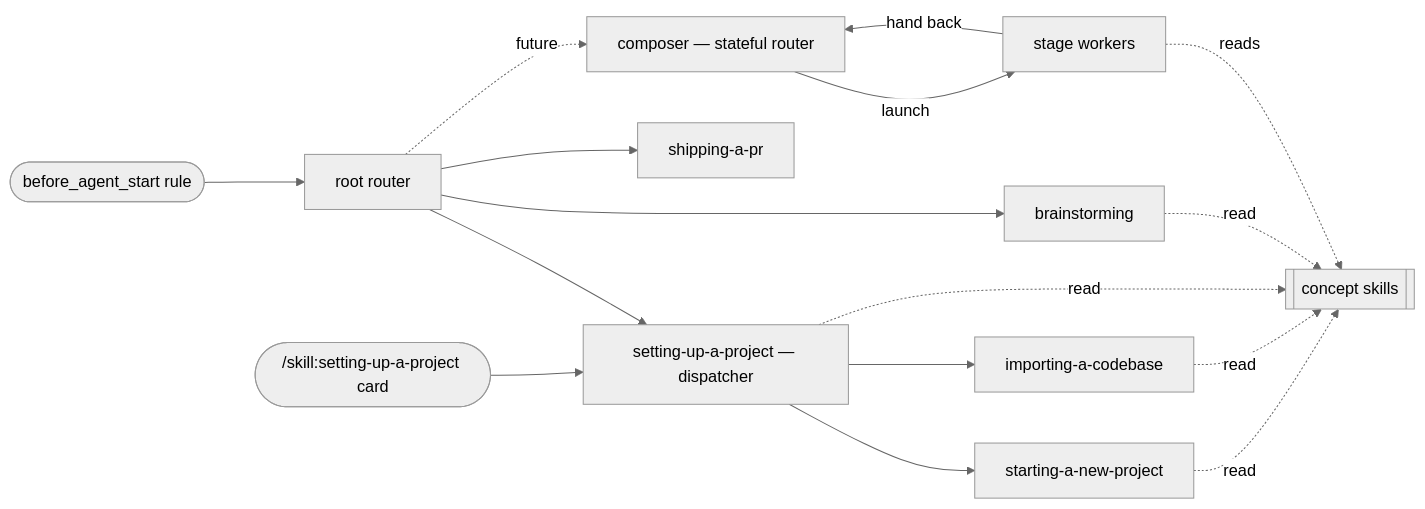
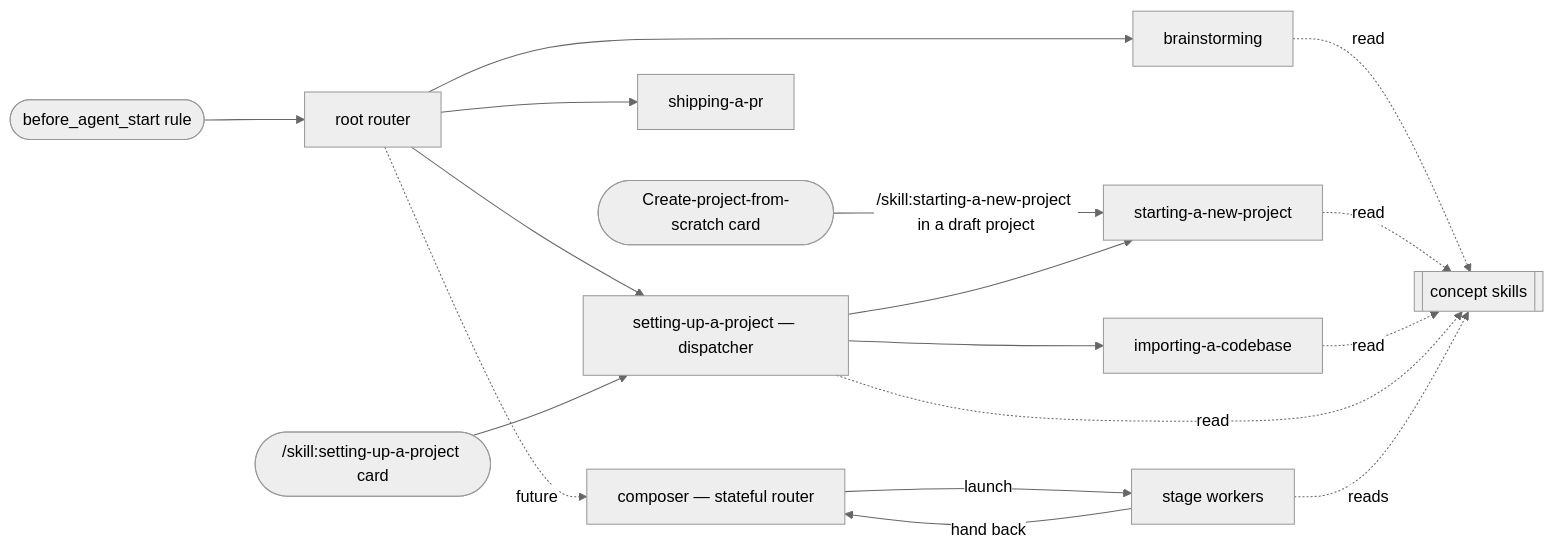
Before and after one commit to JetBrains/thinkrail: the diagram in packages/pi-thinkrail-workflow/skills/SPEC.md, drawn with Mermaid (neutral theme). The commit also changed other lines of this file and 1 other file, not shown here.

First line of the commit message:
feat(workflow): hosted create-from-scratch entry in starting-a-new-project

````diff
--- a/packages/pi-thinkrail-workflow/skills/SPEC.md
+++ b/packages/pi-thinkrail-workflow/skills/SPEC.md
@@ -75,15 +75,16 @@
 ```mermaid
 flowchart LR
   rule([before_agent_start rule]) --> router[root router]
   router --> ps[setting-up-a-project — dispatcher]
   router --> bs[brainstorming]
   router --> ship[shipping-a-pr]
   card(["/skill:setting-up-a-project card"]) --> ps
+  createcard(["Create-project-from-scratch card"]) -->|/skill:starting-a-new-project in a draft project| pn
   ps --> pn[starting-a-new-project]
   ps --> pim[importing-a-codebase]
   router -. future .-> comp[composer — stateful router]
   comp -->|launch| st[stage workers]
   st -->|hand back| comp
   bs & pn & pim & ps -. read .-> con[[concept skills]]
   st -. reads .-> con
 ```
````
